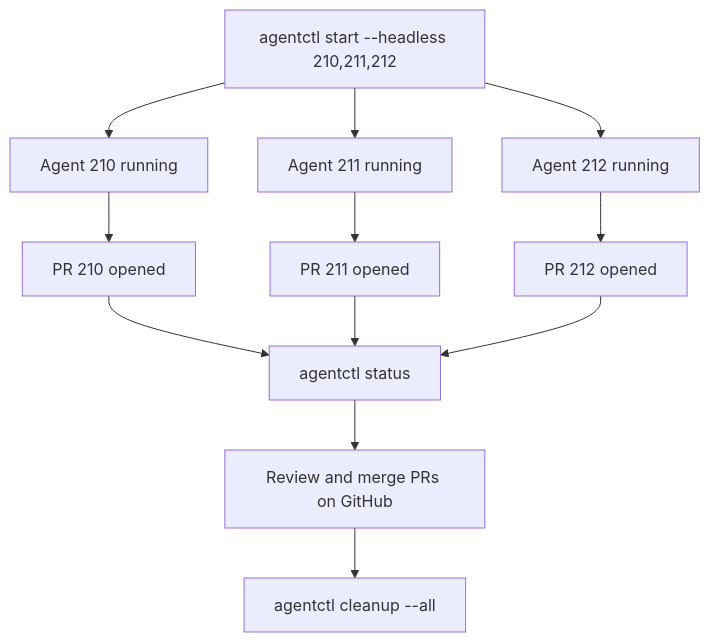
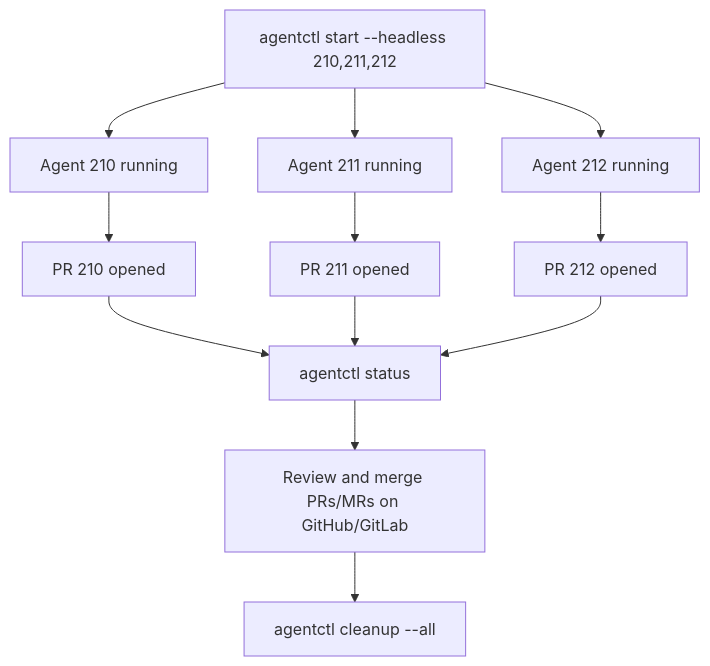
One commit to arun-gupta/agentctl changed the third of 4 diagrams in docs/cli.md. Above: the diagram before and after it, drawn with Mermaid. The commit also changed other lines of this file and 1 other file, not shown here.

First line of the commit message:
docs: update README and cli.md to reflect GitLab support

````diff
--- a/docs/cli.md
+++ b/docs/cli.md
@@ -111,12 +112,12 @@
 ```mermaid
 flowchart TD
     A[agentctl start --headless 210,211,212] --> B1[Agent 210 running]
     A --> B2[Agent 211 running]
     A --> B3[Agent 212 running]
     B1 --> C1[PR 210 opened]
     B2 --> C2[PR 211 opened]
     B3 --> C3[PR 212 opened]
     C1 & C2 & C3 --> D[agentctl status]
-    D --> E[Review and merge PRs on GitHub]
+    D --> E[Review and merge PRs/MRs on GitHub/GitLab]
     E --> F[agentctl cleanup --all]
 ```
````
